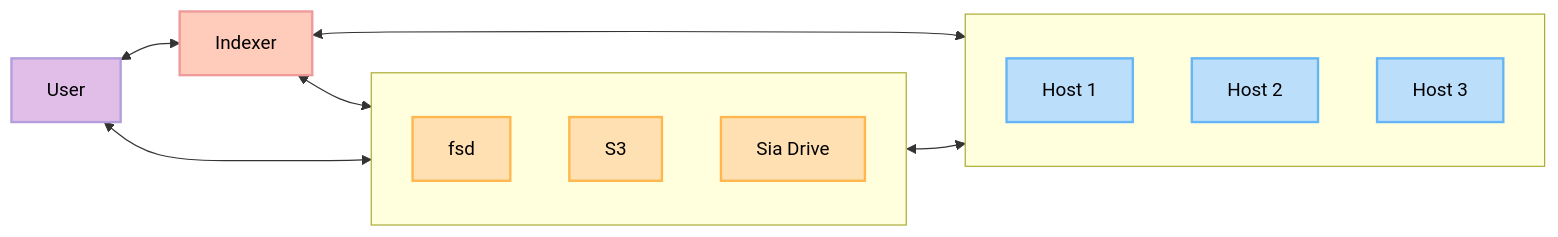
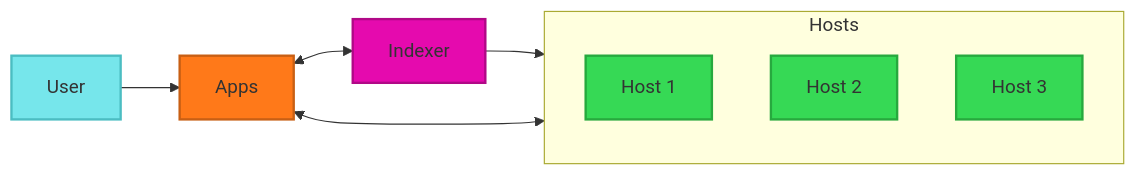
Before and after one commit to SiaFoundation/developer-portal: the diagram in docs/core-concepts/storage-providers.md, drawn with Mermaid. The commit also changed other lines of this file, not shown here.

Commit message:
nate's comments + co-pilot, refreshed information

````diff
--- a/docs/core-concepts/storage-providers.md
+++ b/docs/core-concepts/storage-providers.md
@@ -64,39 +52,28 @@
 ``` mermaid
 flowchart LR
-    %% === Apps in the middle (grey box) ===
-    subgraph APPS[ ]
-        F["fsd"]
-        S["S3"]
-        D["Sia Drive"]
+
+    %% === Brand color classes ===
+    classDef user fill:#76E6EB,stroke:#4bbdc2,stroke-width:2px,color:#000;        %% powder
+    classDef apps fill:#FF7919,stroke:#c85f14,stroke-width:2px,color:#000;        %% zest
+    classDef indexer fill:#E50AAE,stroke:#b10887,stroke-width:2px,color:#000;     %% punch
+    classDef hosts fill:#36D955,stroke:#27a93e,stroke-width:2px,color:#000;       %% slime
+
+    %% === Nodes ===
+    U["User"]:::user
+    A["Apps"]:::apps
+    I["Indexer"]:::indexer
+
+    %% Hosts group
+    subgraph HOSTS["Hosts"]
+        direction TB
+        H1["Host 1"]:::hosts
+        H2["Host 2"]:::hosts
+        H3["Host 3"]:::hosts
     end
-    %% === Hosts on the right ===
-    subgraph HOSTS[ ]
-        H1["Host 1"]
-        H2["Host 2"]
-        H3["Host 3"]
-    end
-    %% === User on the left ===
-    U["User"]
-    %% === Indexer User and Apps ===
-    I["Indexer"]
+
     %% === Flows ===
-    %% User <-> Indexer <-> Hosts
-    U <--> I
-    I <--> HOSTS
-    
-    %% Indexer <-> Apps
-    I <--> APPS
-    %% User <-> Apps
-    U <--> APPS
-    %% Apps <-> Hosts
-    APPS <--> HOSTS
-    %% === Styling ===
-    classDef user fill:#e1bee7,stroke:#b39ddb,stroke-width:2px,color:#000;
-    classDef apps fill:#ffe0b2,stroke:#ffb74d,stroke-width:2px,color:#000;
-    classDef indexer fill:#ffccbc,stroke:#ef9a9a,stroke-width:2px,color:#000;
-    classDef hosts fill:#bbdefb,stroke:#64b5f6,stroke-width:2px,color:#000;
-    class U user;
-    class F,S,D apps;
-    class I indexer;
-    class H1,H2,H3 hosts;
+    U --> A
+    A <--> I
+    I --> HOSTS
+    A <--> HOSTS
 ```
````
